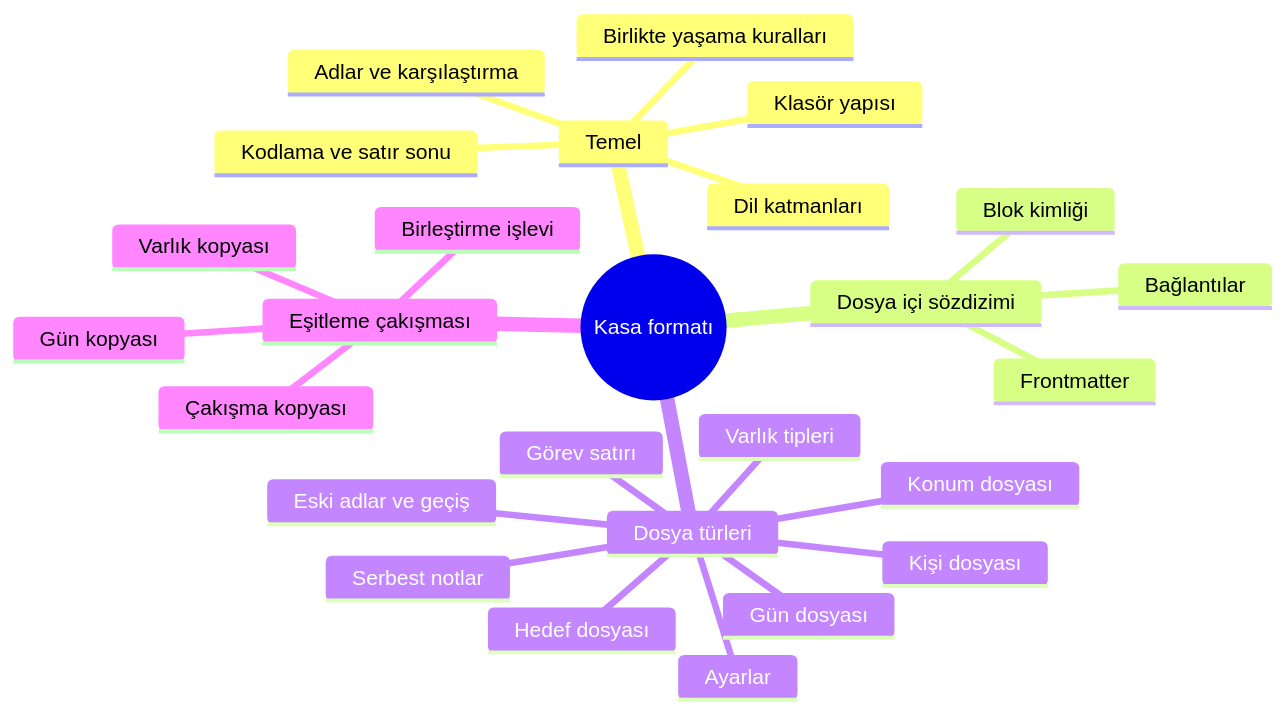
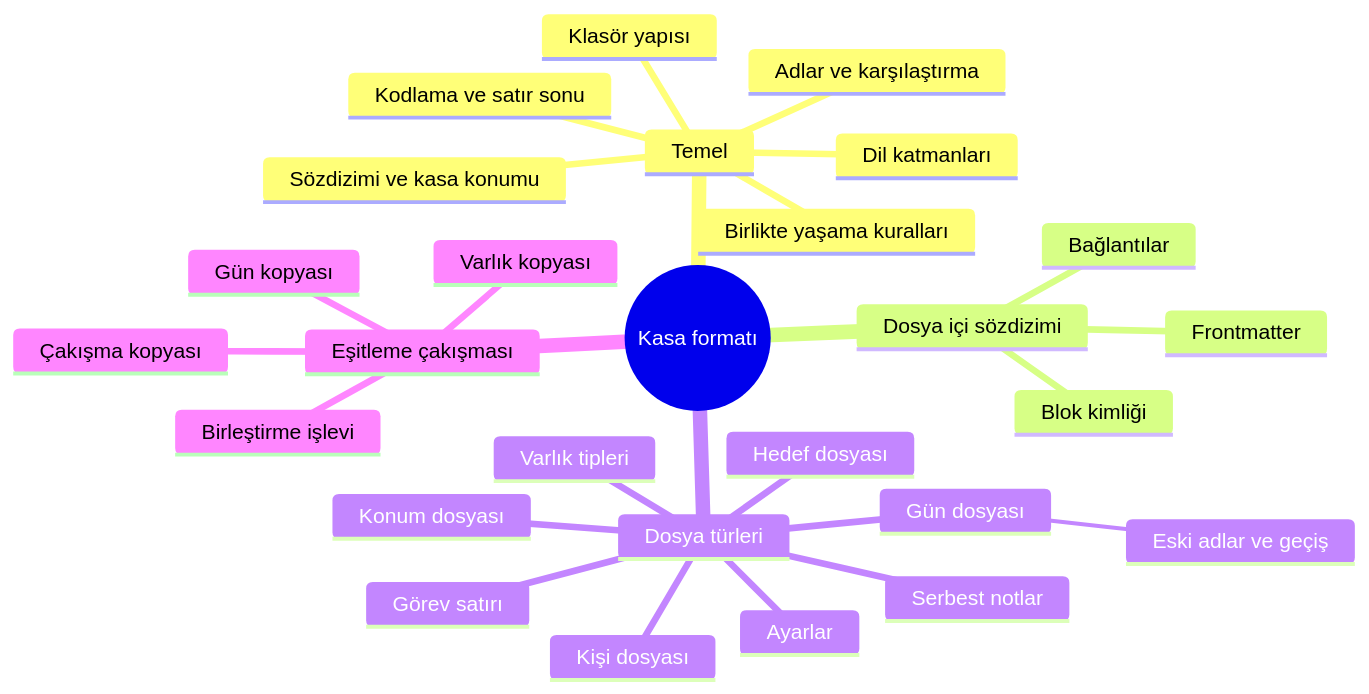
One commit to dogancanyildiz/kenet changed the first of 23 diagrams in docs/vault-format.md. Above: the diagram before and after it, drawn with Mermaid. The commit also changed other lines of this file and 9 other files, not shown here.

````diff
--- a/docs/vault-format.md
+++ b/docs/vault-format.md
@@ -17,29 +17,30 @@
 ```mermaid
 mindmap
   root((Kasa formatı))
     Temel
       Kodlama ve satır sonu
+      Sözdizimi ve kasa konumu
       Dil katmanları
       Birlikte yaşama kuralları
       Klasör yapısı
       Adlar ve karşılaştırma
     Dosya içi sözdizimi
       Frontmatter
       Bağlantılar
       Blok kimliği
     Dosya türleri
       Gün dosyası
+        Eski adlar ve geçiş
       Görev satırı
       Kişi dosyası
       Konum dosyası
       Hedef dosyası
       Serbest notlar
       Ayarlar
       Varlık tipleri
-      Eski adlar ve geçiş
     Eşitleme çakışması
       Gün kopyası
       Birleştirme işlevi
       Çakışma kopyası
       Varlık kopyası
 ```
````
